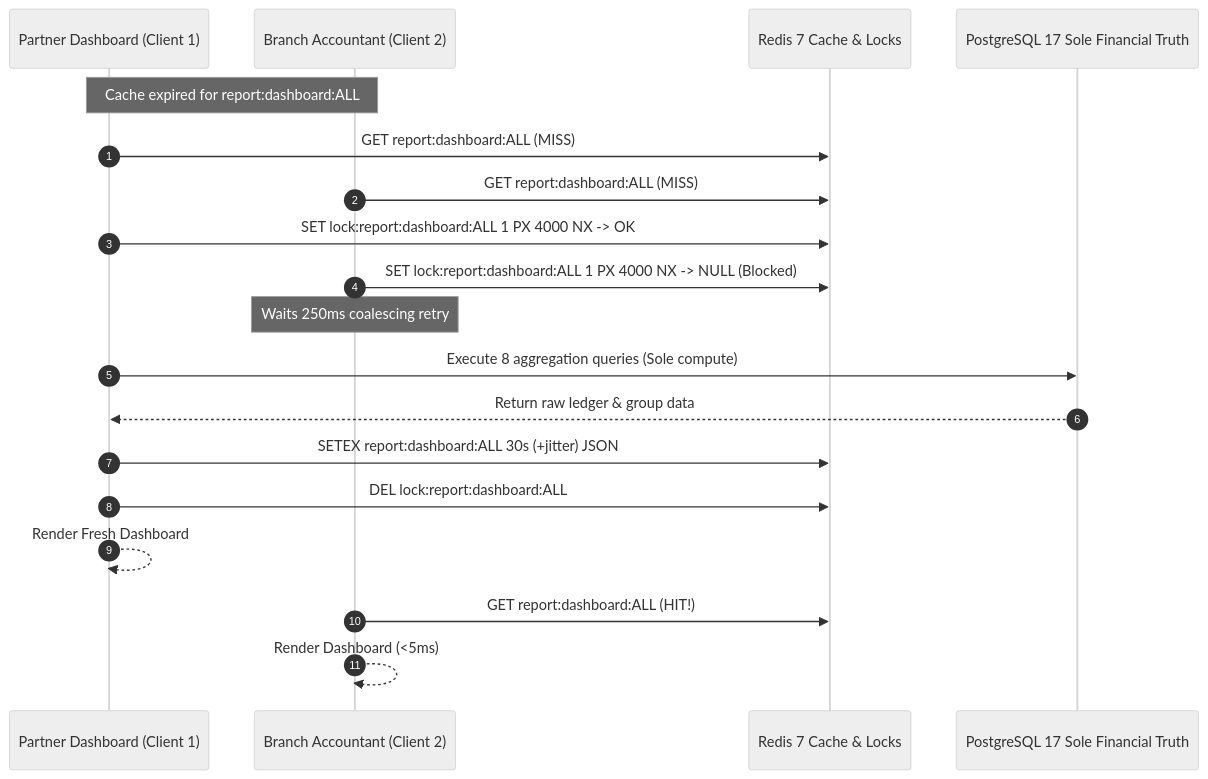
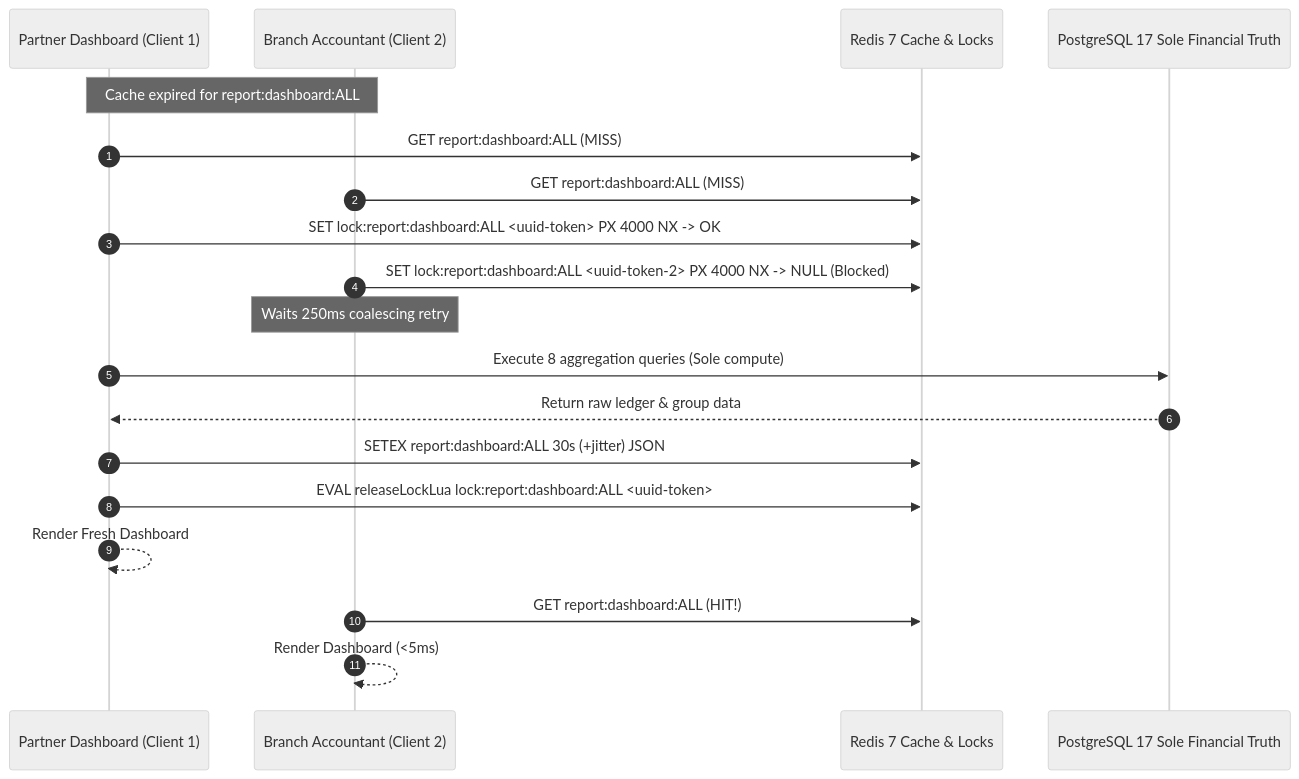
Before and after one commit to Kathir-24/Kumaran-finance: the third of 3 diagrams in docs/03-architecture/caching-architecture.md, drawn with Mermaid (neutral theme). The commit also changed other lines of this file and 9 other files, not shown here.

First line of the commit message:
fix(report,jobs): enforce tokenized atomic Lua fallback locks and exception-safe cleanup in ReportService (DEF-DB-04)

````diff
--- a/docs/03-architecture/caching-architecture.md
+++ b/docs/03-architecture/caching-architecture.md
@@ -189,22 +189,22 @@
 ```mermaid
 sequenceDiagram
     autonumber
     participant Client1 as Partner Dashboard (Client 1)
     participant Client2 as Branch Accountant (Client 2)
     participant Redis as Redis 7 Cache & Locks
     participant DB as PostgreSQL 17 Sole Financial Truth
 
     Note over Client1,Client2: Cache expired for report:dashboard:ALL
     Client1->>Redis: GET report:dashboard:ALL (MISS)
     Client2->>Redis: GET report:dashboard:ALL (MISS)
-    Client1->>Redis: SET lock:report:dashboard:ALL 1 PX 4000 NX -> OK
-    Client2->>Redis: SET lock:report:dashboard:ALL 1 PX 4000 NX -> NULL (Blocked)
+    Client1->>Redis: SET lock:report:dashboard:ALL <uuid-token> PX 4000 NX -> OK
+    Client2->>Redis: SET lock:report:dashboard:ALL <uuid-token-2> PX 4000 NX -> NULL (Blocked)
     Note over Client2: Waits 250ms coalescing retry
     Client1->>DB: Execute 8 aggregation queries (Sole compute)
     DB-->>Client1: Return raw ledger & group data
     Client1->>Redis: SETEX report:dashboard:ALL 30s (+jitter) JSON
-    Client1->>Redis: DEL lock:report:dashboard:ALL
+    Client1->>Redis: EVAL releaseLockLua lock:report:dashboard:ALL <uuid-token>
     Client1-->>Client1: Render Fresh Dashboard
     Client2->>Redis: GET report:dashboard:ALL (HIT!)
     Client2-->>Client2: Render Dashboard (<5ms)
 ```
````
